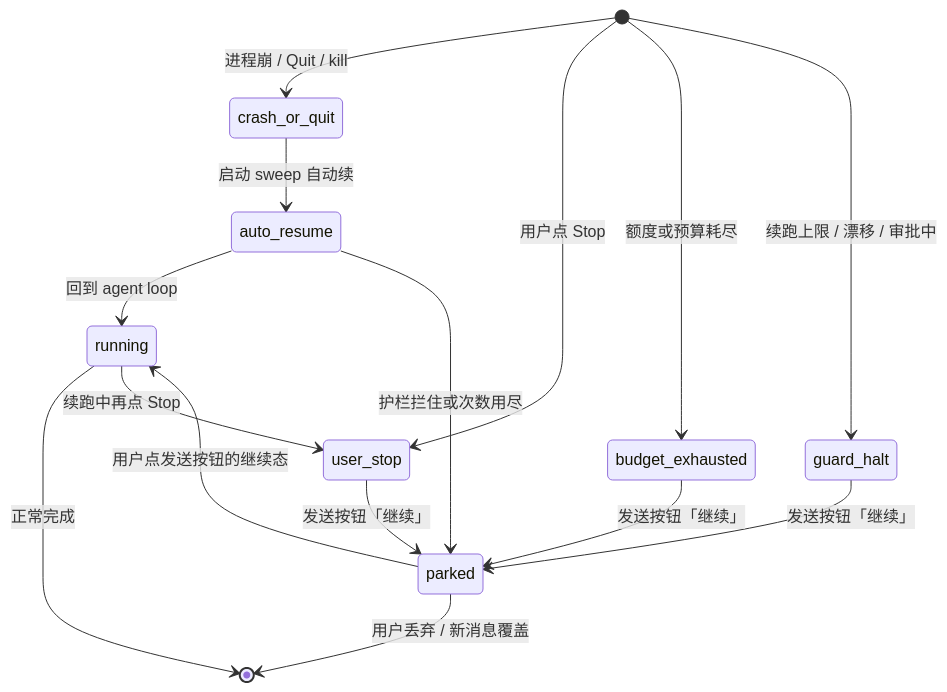
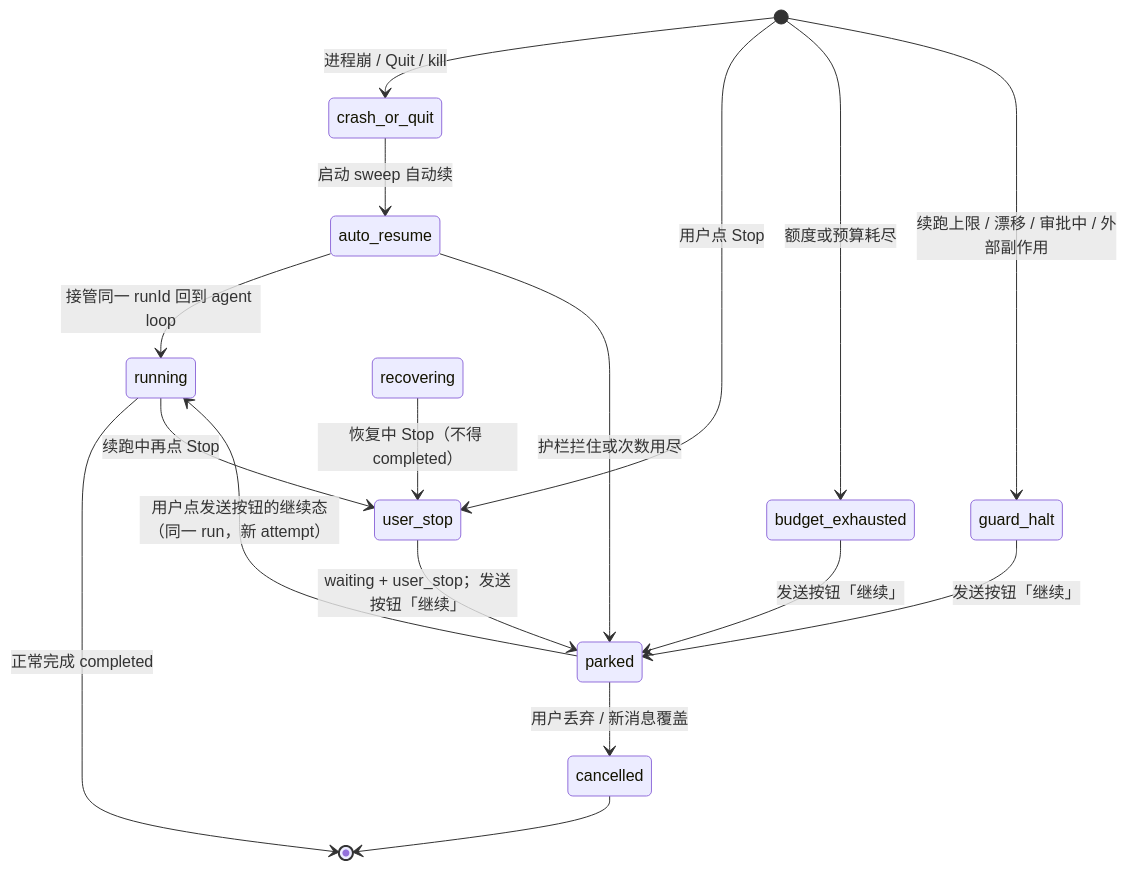
One commit to baochipham942-eng/code-agent changed the diagram in docs/architecture/decisions/ADR-075-foreground-restart-resume.md. Above: the diagram before and after it, drawn with Mermaid. The commit also changed other lines of this file and 1 other file, not shown here.

````diff
--- a/docs/architecture/decisions/ADR-075-foreground-restart-resume.md
+++ b/docs/architecture/decisions/ADR-075-foreground-restart-resume.md
@@ -77,20 +117,22 @@
 ```mermaid
 stateDiagram-v2
     [*] --> crash_or_quit: 进程崩 / Quit / kill
     [*] --> user_stop: 用户点 Stop
     [*] --> budget_exhausted: 额度或预算耗尽
-    [*] --> guard_halt: 续跑上限 / 漂移 / 审批中
+    [*] --> guard_halt: 续跑上限 / 漂移 / 审批中 / 外部副作用
 
     crash_or_quit --> auto_resume: 启动 sweep 自动续
-    user_stop --> parked: 发送按钮「继续」
+    user_stop --> parked: waiting + user_stop；发送按钮「继续」
     budget_exhausted --> parked: 发送按钮「继续」
     guard_halt --> parked: 发送按钮「继续」
 
-    auto_resume --> running: 回到 agent loop
+    auto_resume --> running: 接管同一 runId 回到 agent loop
     auto_resume --> parked: 护栏拦住或次数用尽
-    parked --> running: 用户点发送按钮的继续态
-    parked --> [*]: 用户丢弃 / 新消息覆盖
+    parked --> running: 用户点发送按钮的继续态（同一 run，新 attempt）
+    parked --> cancelled: 用户丢弃 / 新消息覆盖
+    cancelled --> [*]
 
-    running --> [*]: 正常完成
+    running --> [*]: 正常完成 completed
     running --> user_stop: 续跑中再点 Stop
+    recovering --> user_stop: 恢复中 Stop（不得 completed）
 ```
````
